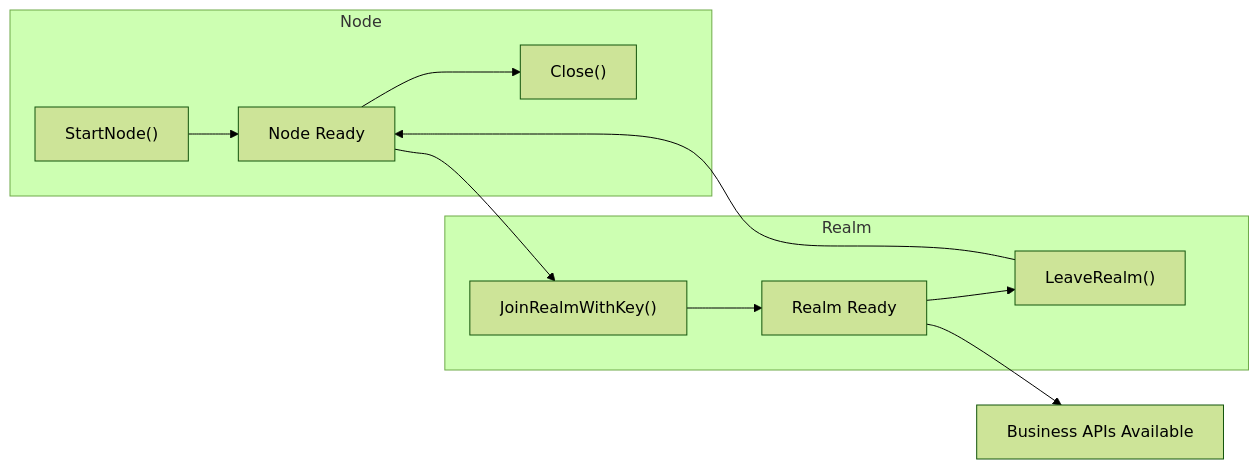
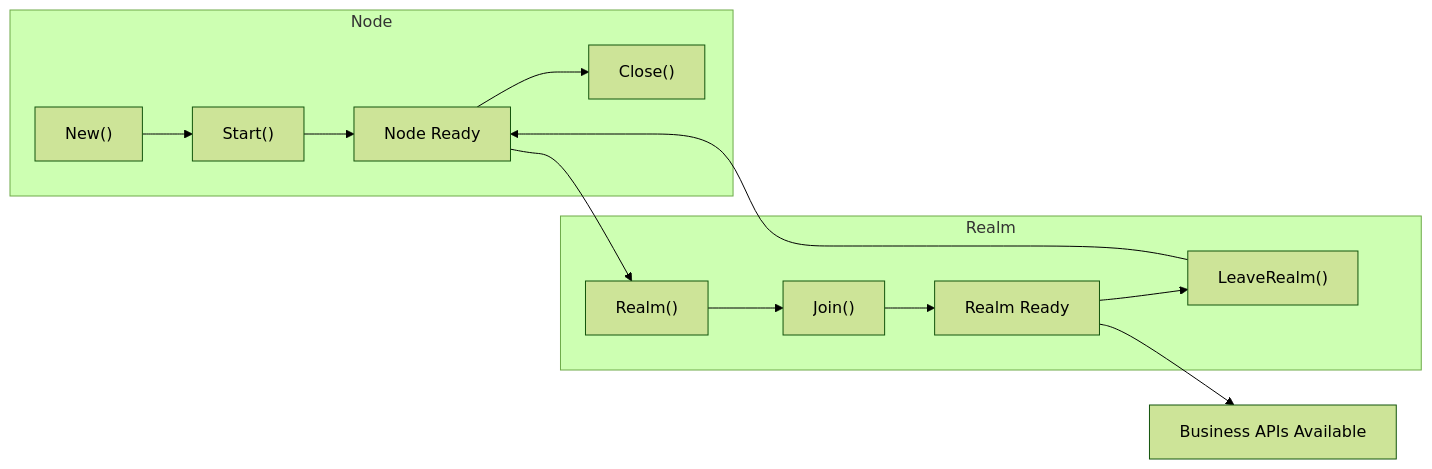
One commit to dep2p/go-dep2p changed the diagram in docs/en/reference/api-defaults.md. Above: the diagram before and after it, drawn with Mermaid (forest theme). The commit also changed other lines of this file and 2026 other files, not shown here.

````diff
--- a/docs/en/reference/api-defaults.md
+++ b/docs/en/reference/api-defaults.md
@@ -87,16 +87,18 @@
 ```mermaid
 flowchart LR
     subgraph Node
-        N1["StartNode()"] --> N2["Node Ready"]
-        N2 --> N3["Close()"]
+        N1["New()"] --> N2["Start()"]
+        N2 --> N3["Node Ready"]
+        N3 --> N4["Close()"]
     end
     
     subgraph Realm
-        R1["JoinRealmWithKey()"] --> R2["Realm Ready"]
-        R2 --> R3["LeaveRealm()"]
+        R1["Realm()"] --> R2["Join()"]
+        R2 --> R3["Realm Ready"]
+        R3 --> R4["LeaveRealm()"]
     end
     
-    N2 --> R1
-    R3 --> N2
-    R2 --> BizAPI["Business APIs Available"]
+    N3 --> R1
+    R4 --> N3
+    R3 --> BizAPI["Business APIs Available"]
 ```
````
